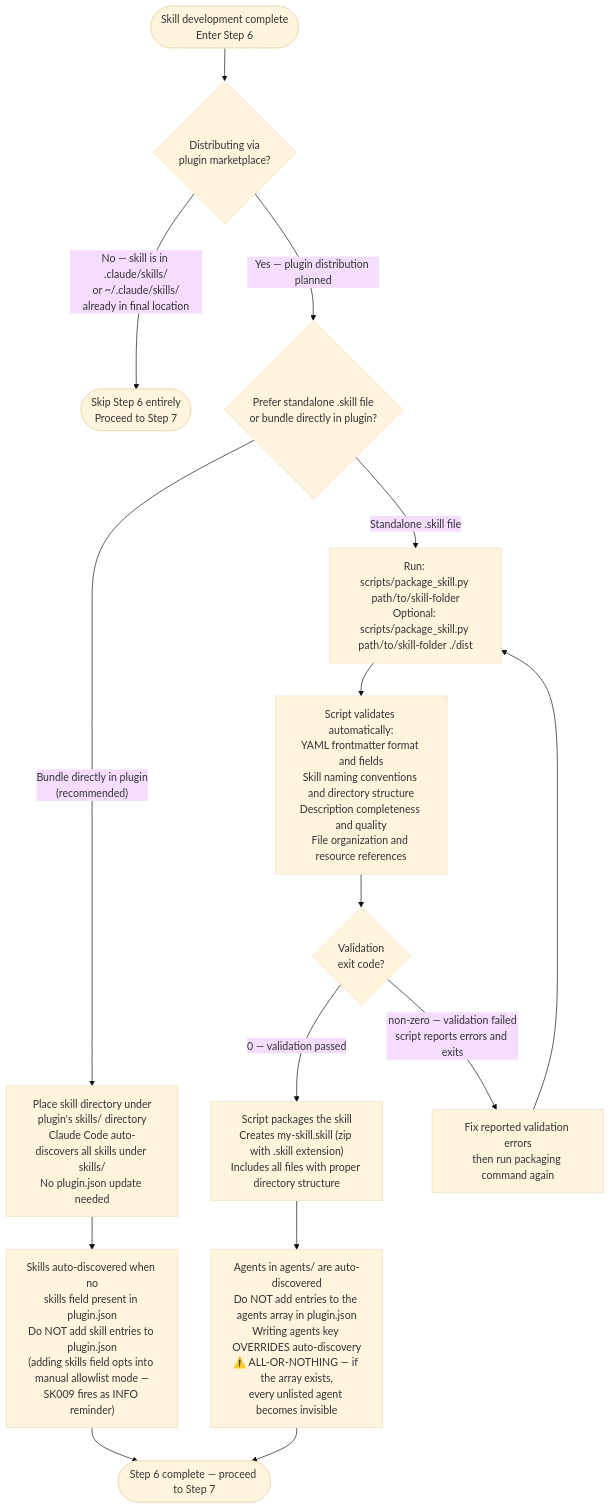
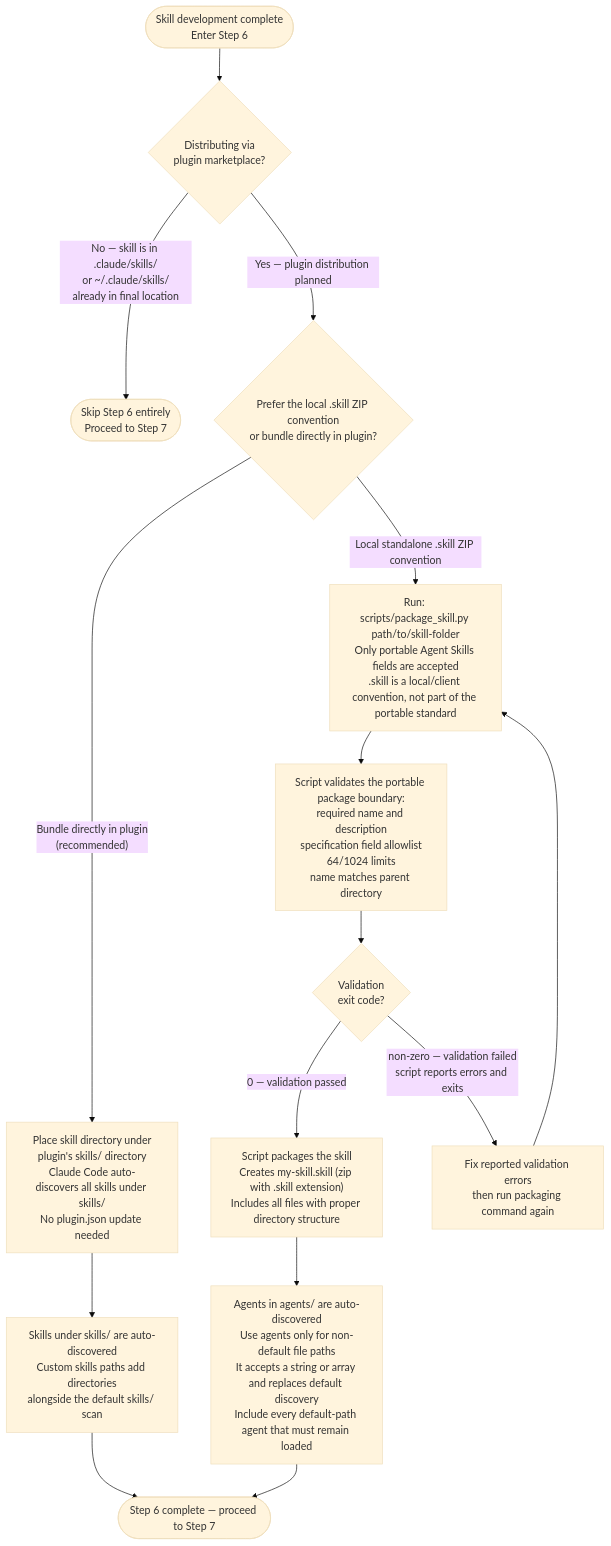
One commit to Jamie-BitFlight/claude_skills changed the fourth of 4 diagrams in plugins/plugin-creator/skills/skill-creator/SKILL.md. Above: the diagram before and after it, drawn with Mermaid (base theme). The commit also changed other lines of this file and 119 other files, not shown here.

First line of the commit message:
docs(plugin-creator): refresh Agent Skills claims (#3854)

````diff
--- a/plugins/plugin-creator/skills/skill-creator/SKILL.md
+++ b/plugins/plugin-creator/skills/skill-creator/SKILL.md
@@ -552,17 +318,17 @@
 ```mermaid
 flowchart TD
     Start(["Skill development complete<br>Enter Step 6"]) --> Q{"Distributing via<br>plugin marketplace?"}
     Q -->|"No — skill is in .claude/skills/<br>or ~/.claude/skills/<br>already in final location"| Skip(["Skip Step 6 entirely<br>Proceed to Step 7"])
-    Q -->|"Yes — plugin distribution planned"| Q2{"Prefer standalone .skill file<br>or bundle directly in plugin?"}
+    Q -->|"Yes — plugin distribution planned"| Q2{"Prefer the local .skill ZIP convention<br>or bundle directly in plugin?"}
     Q2 -->|"Bundle directly in plugin<br>(recommended)"| Bundle["Place skill directory under<br>plugin's skills/ directory<br>Claude Code auto-discovers all skills under skills/<br>No plugin.json update needed"]
-    Q2 -->|"Standalone .skill file"| RunPkg["Run: scripts/package_skill.py path/to/skill-folder<br>Optional: scripts/package_skill.py path/to/skill-folder ./dist"]
-    RunPkg --> Validate["Script validates automatically:<br>YAML frontmatter format and fields<br>Skill naming conventions and directory structure<br>Description completeness and quality<br>File organization and resource references"]
+    Q2 -->|"Local standalone .skill ZIP convention"| RunPkg["Run: scripts/package_skill.py path/to/skill-folder<br>Only portable Agent Skills fields are accepted<br>.skill is a local/client convention, not part of the portable standard"]
+    RunPkg --> Validate["Script validates the portable package boundary:<br>required name and description<br>specification field allowlist<br>64/1024 limits<br>name matches parent directory"]
     Validate --> VQ{"Validation<br>exit code?"}
     VQ -->|"0 — validation passed"| Package["Script packages the skill<br>Creates my-skill.skill (zip with .skill extension)<br>Includes all files with proper directory structure"]
     VQ -->|"non-zero — validation failed<br>script reports errors and exits"| Fix["Fix reported validation errors<br>then run packaging command again"]
     Fix --> RunPkg
-    Bundle --> SkillReg["Skills auto-discovered when no<br>skills field present in plugin.json<br>Do NOT add skill entries to plugin.json<br>(adding skills field opts into manual allowlist mode —<br>SK009 fires as INFO reminder)"]
-    Package --> AgentReg["Agents in agents/ are auto-discovered<br>Do NOT add entries to the agents array in plugin.json<br>Writing agents key OVERRIDES auto-discovery<br>⚠️ ALL-OR-NOTHING — if the array exists,<br>every unlisted agent becomes invisible"]
+    Bundle --> SkillReg["Skills under skills/ are auto-discovered<br>Custom skills paths add directories<br>alongside the default skills/ scan"]
+    Package --> AgentReg["Agents in agents/ are auto-discovered<br>Use agents only for non-default file paths<br>It accepts a string or array and replaces default discovery<br>Include every default-path agent that must remain loaded"]
     SkillReg --> Done(["Step 6 complete — proceed to Step 7"])
     AgentReg --> Done
 ```
````
